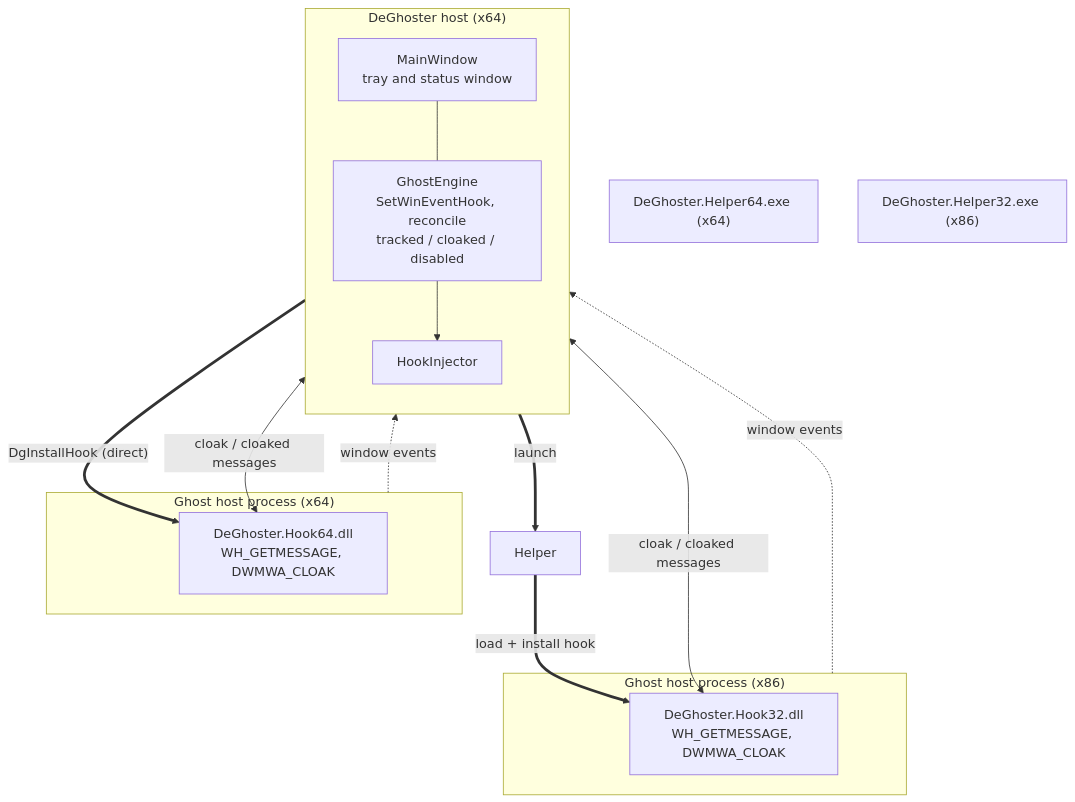
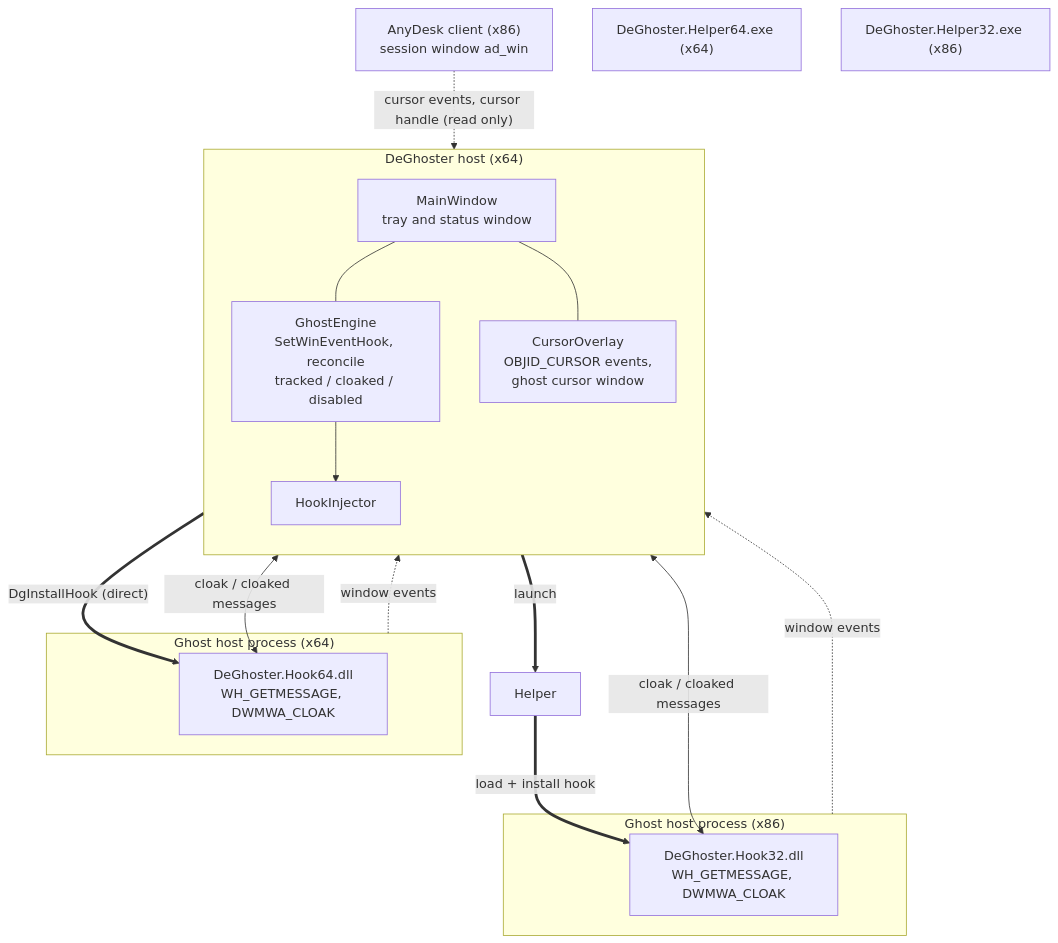
The first of 2 diagrams in docs/Architecture.md (motwok/DeGhoster), drawn with Mermaid before and after one commit. The commit also changed other lines of this file and 86 other files, not shown here.

First line of the commit message:
feat: enlarge the AnyDesk remote cursor with a ghost-cursor overlay (#18)

````diff
--- a/docs/Architecture.md
+++ b/docs/Architecture.md
@@ -14,30 +17,35 @@
 ```mermaid
 flowchart TB
     subgraph Host["DeGhoster host (x64)"]
         direction TB
         UI["MainWindow<br/>tray and status window"]
         Engine["GhostEngine<br/>SetWinEventHook, reconcile<br/>tracked / cloaked / disabled"]
         Inj["HookInjector"]
+        Overlay["CursorOverlay<br/>OBJID_CURSOR events,<br/>ghost cursor window"]
     end
+
+    AnyDesk["AnyDesk client (x86)<br/>session window ad_win"]
 
     Helper64["DeGhoster.Helper64.exe (x64)"]
     Helper32["DeGhoster.Helper32.exe (x86)"]
 
     subgraph T64["Ghost host process (x64)"]
         H64["DeGhoster.Hook64.dll<br/>WH_GETMESSAGE, DWMWA_CLOAK"]
     end
 
     subgraph T32["Ghost host process (x86)"]
         H32["DeGhoster.Hook32.dll<br/>WH_GETMESSAGE, DWMWA_CLOAK"]
     end
 
     T64 -. "window events" .-> Engine
     T32 -. "window events" .-> Engine
     UI --- Engine
+    UI --- Overlay
+    AnyDesk -. "cursor events, cursor handle (read only)" .-> Overlay
     Engine --> Inj
     Inj == "DgInstallHook (direct)" ==> H64
     Inj == "launch" ==> Helper
     Helper == "load + install hook" ==> H32
     Engine <-- "cloak / cloaked messages" --> H64
     Engine <-- "cloak / cloaked messages" --> H32
 ```
````
